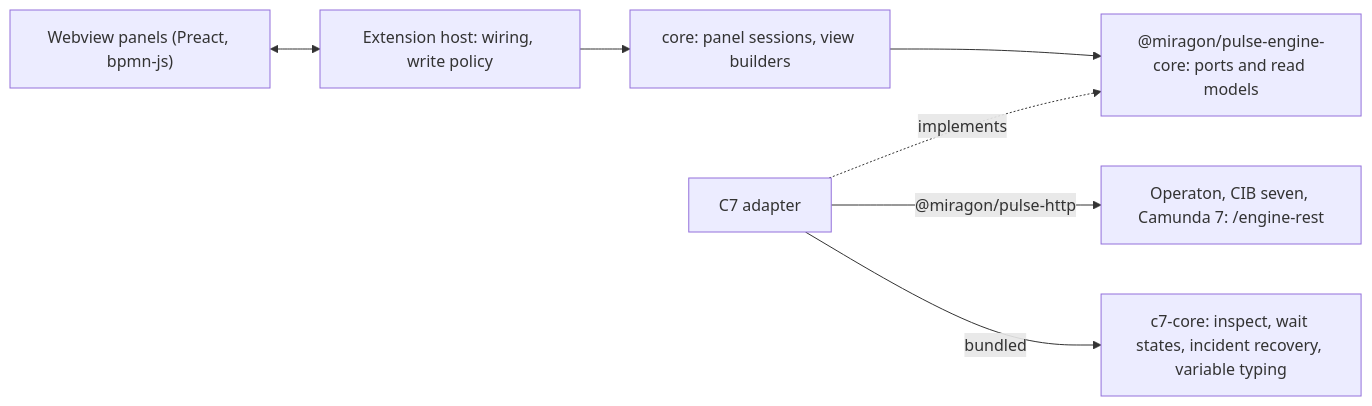
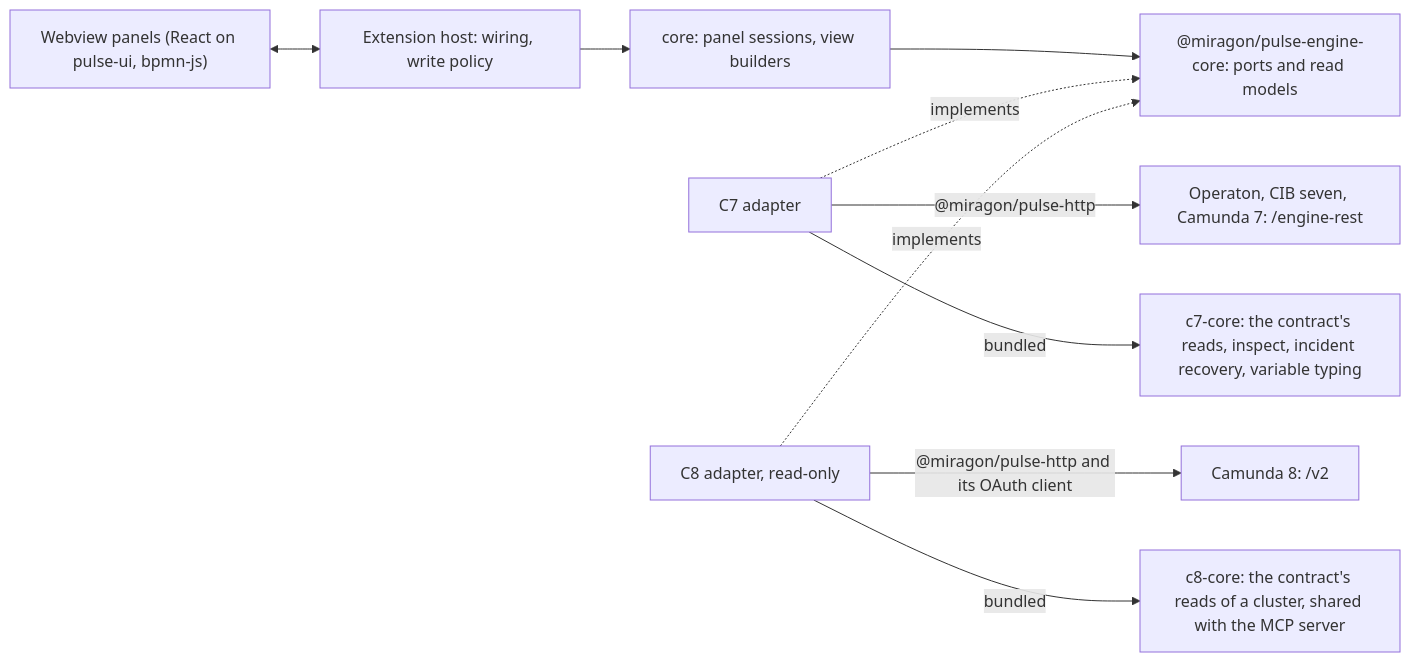
Before and after one commit to Miragon/pulse: the diagram in docs/vscode/architecture.md, drawn with Mermaid. The commit also changed other lines of this file and 1868 other files, not shown here.

First line of the commit message:
refactor!: one shared base for the editor hosts, the MCP server and the web app (#617)

````diff
--- a/docs/vscode/architecture.md
+++ b/docs/vscode/architecture.md
@@ -12,9 +16,12 @@
 ```mermaid
 flowchart LR
-  webview["Webview panels (Preact, bpmn-js)"] <--> host["Extension host: wiring, write policy"]
+  webview["Webview panels (React on pulse-ui, bpmn-js)"] <--> host["Extension host: wiring, write policy"]
   host --> core["core: panel sessions, view builders"]
   core --> engineCore["@miragon/pulse-engine-core: ports and read models"]
   c7["C7 adapter"] -. implements .-> engineCore
   c7 -- "@miragon/pulse-http" --> engines["Operaton, CIB seven, Camunda 7: /engine-rest"]
-  c7 -- bundled --> c7core["c7-core: inspect, wait states, incident recovery, variable typing"]
+  c7 -- bundled --> c7core["c7-core: the contract's reads, inspect, incident recovery, variable typing"]
+  c8["C8 adapter, read-only"] -. implements .-> engineCore
+  c8 -- "@miragon/pulse-http and its OAuth client" --> cluster["Camunda 8: /v2"]
+  c8 -- bundled --> c8core["c8-core: the contract's reads of a cluster, shared with the MCP server"]
 ```
````
